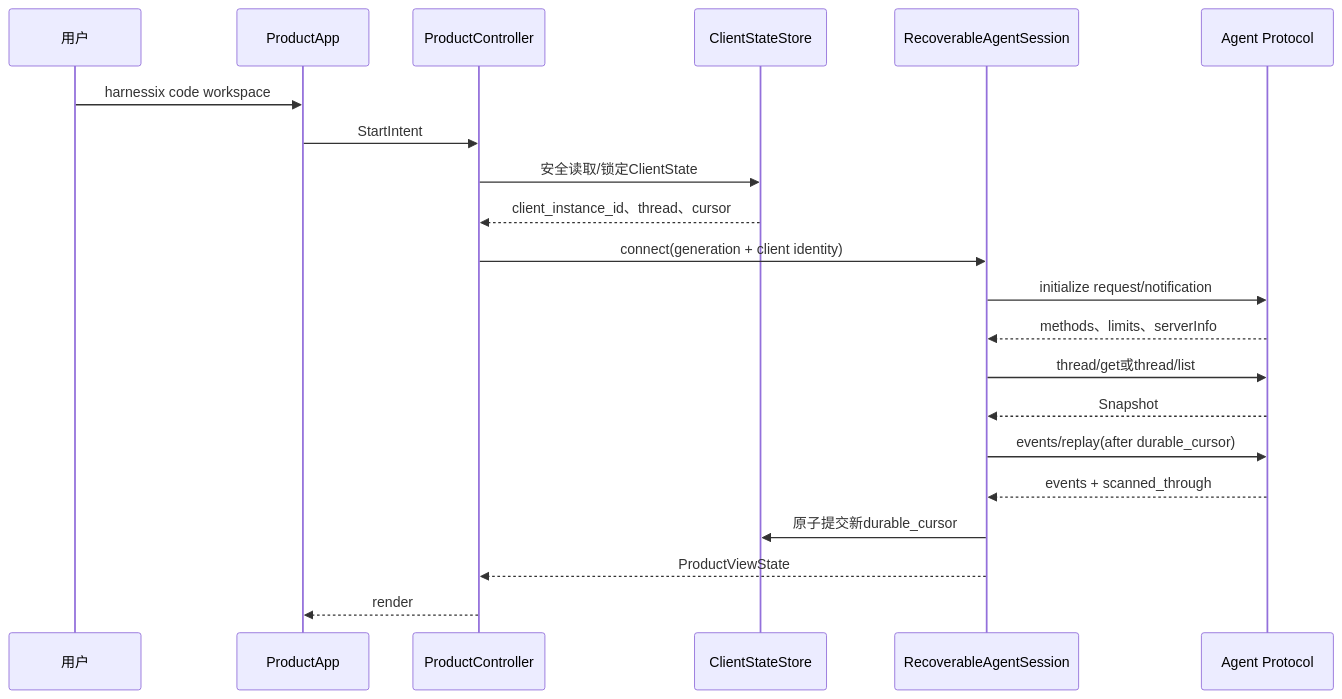
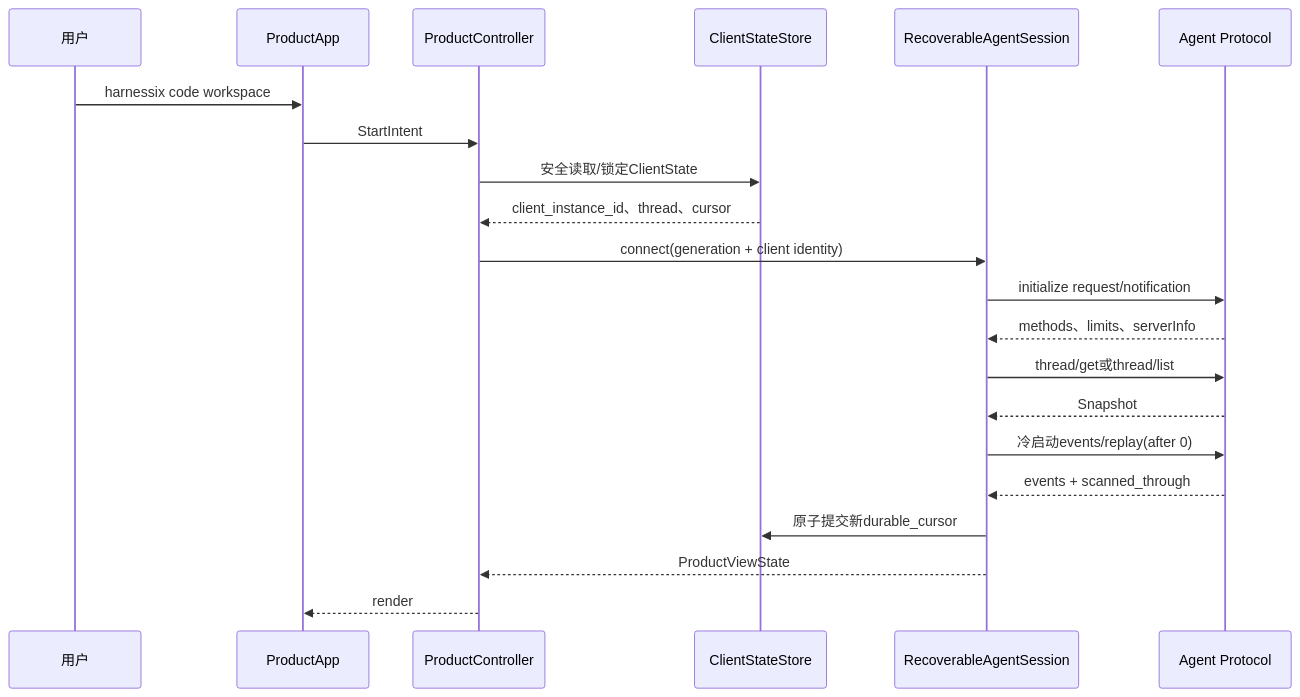
Before and after one commit to carrie1988/Harnessix: the third of 8 diagrams in docs/changes/m09-1-cli-tui-product-experience.md, drawn with Mermaid. The commit also changed other lines of this file and 2 other files, not shown here.

Commit message:
docs: correct cold replay recovery semantics

````diff
--- a/docs/changes/m09-1-cli-tui-product-experience.md
+++ b/docs/changes/m09-1-cli-tui-product-experience.md
@@ -187,23 +187,23 @@
 ```mermaid
 sequenceDiagram
     participant U as 用户
     participant A as ProductApp
     participant C as ProductController
     participant S as ClientStateStore
     participant R as RecoverableAgentSession
     participant P as Agent Protocol
     U->>A: harnessix code workspace
     A->>C: StartIntent
     C->>S: 安全读取/锁定ClientState
     S-->>C: client_instance_id、thread、cursor
     C->>R: connect(generation + client identity)
     R->>P: initialize request/notification
     P-->>R: methods、limits、serverInfo
     R->>P: thread/get或thread/list
     P-->>R: Snapshot
-    R->>P: events/replay(after durable_cursor)
+    R->>P: 冷启动events/replay(after 0)
     P-->>R: events + scanned_through
     R->>S: 原子提交新durable_cursor
     R-->>C: ProductViewState
     C-->>A: render
 ```
````
